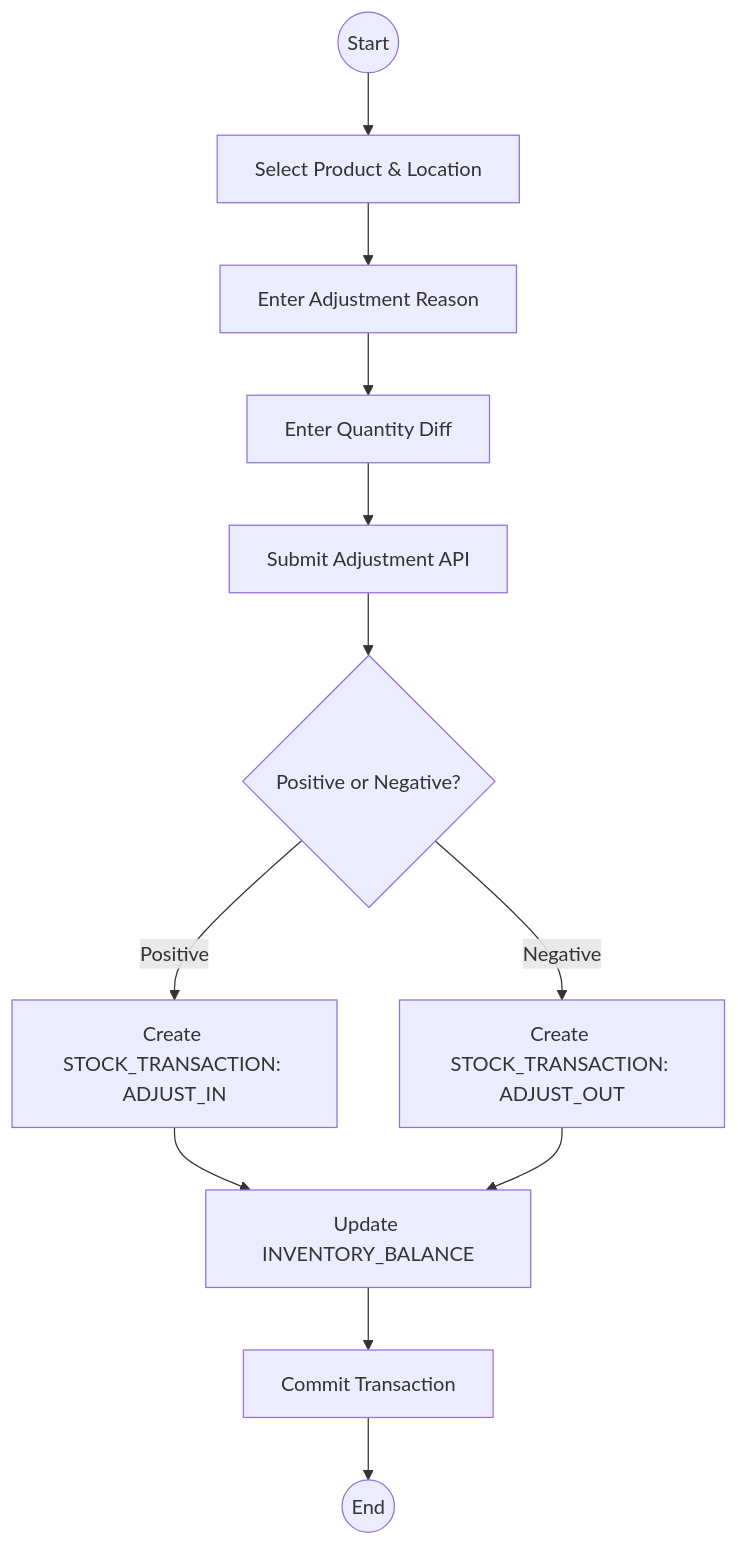
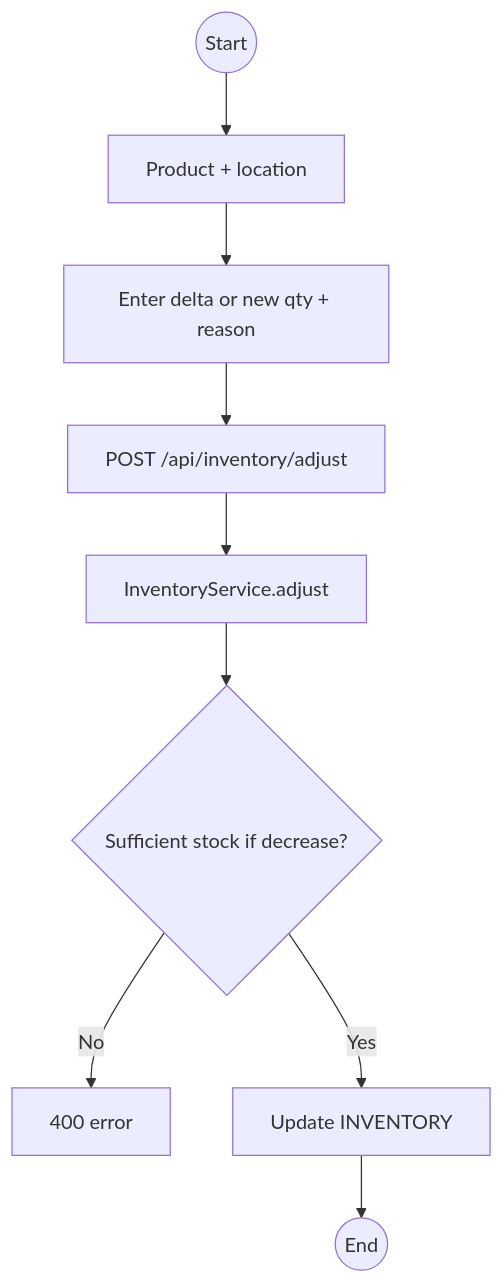
The fifth of 11 diagrams in docs/application-flow.md (kirtika-0102/StockSmart), drawn with Mermaid before and after one commit. The commit also changed other lines of this file and 74 other files, not shown here.

Commit message:
architecture of application

````diff
--- a/docs/application-flow.md
+++ b/docs/application-flow.md
@@ -126,14 +56,11 @@
 ```mermaid
 flowchart TD
-    Start((Start)) --> SelectItem[Select Product & Location]
-    SelectItem --> EnterReason[Enter Adjustment Reason]
-    EnterReason --> EnterQty[Enter Quantity Diff]
-    EnterQty --> SubmitAdj[Submit Adjustment API]
-    SubmitAdj --> DetermineType{Positive or Negative?}
-    DetermineType -- Positive --> CreateAdjIn[Create STOCK_TRANSACTION: ADJUST_IN]
-    DetermineType -- Negative --> CreateAdjOut[Create STOCK_TRANSACTION: ADJUST_OUT]
-    CreateAdjIn --> UpdateBal[Update INVENTORY_BALANCE]
-    CreateAdjOut --> UpdateBal
-    UpdateBal --> Commit[Commit Transaction]
-    Commit --> End((End))
+    Start((Start)) --> Pick[Product + location]
+    Pick --> Qty[Enter delta or new qty + reason]
+    Qty --> API[POST /api/inventory/adjust]
+    API --> Svc[InventoryService.adjust]
+    Svc --> Check{Sufficient stock if decrease?}
+    Check -->|No| Fail[400 error]
+    Check -->|Yes| Save[Update INVENTORY]
+    Save --> End((End))
 ```
````
